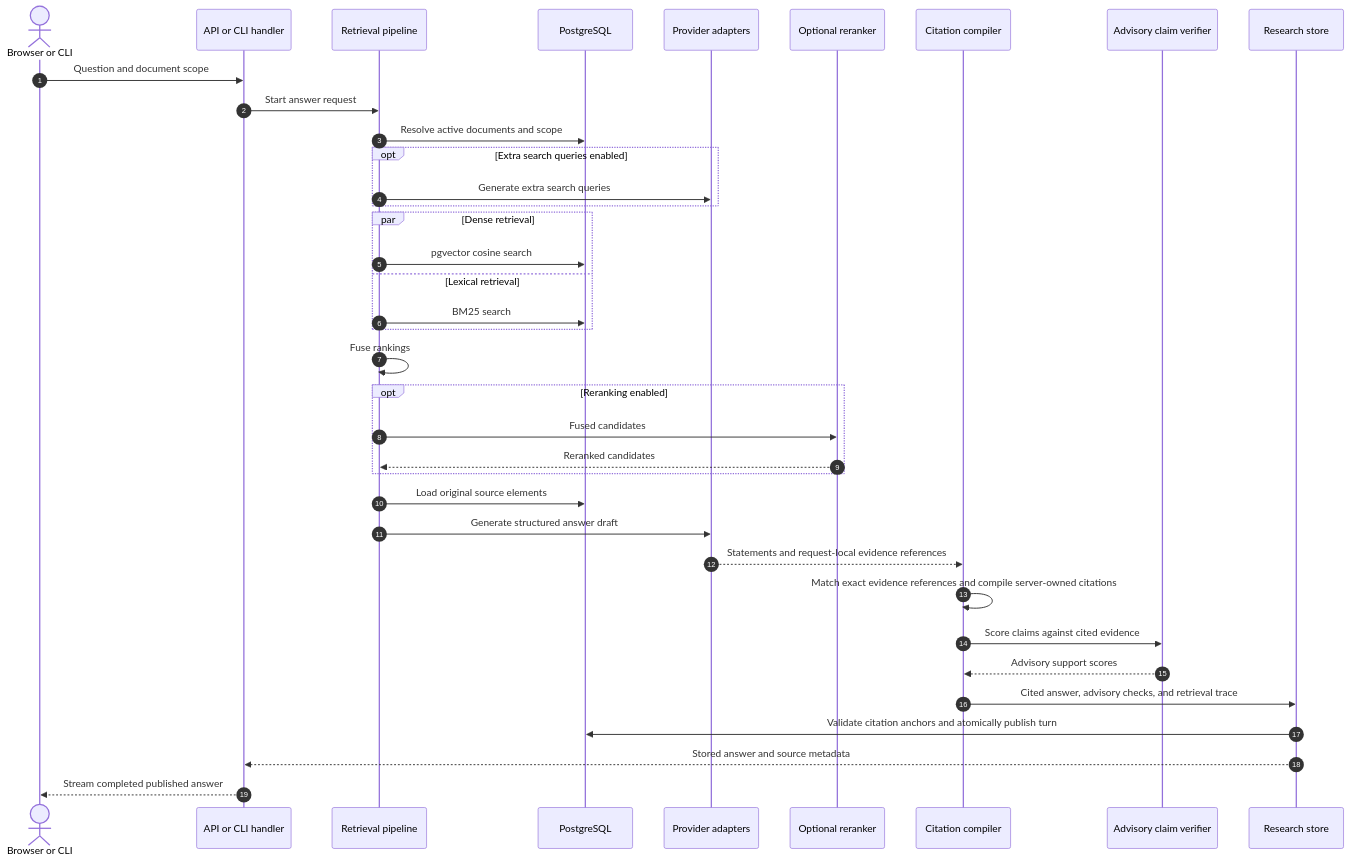
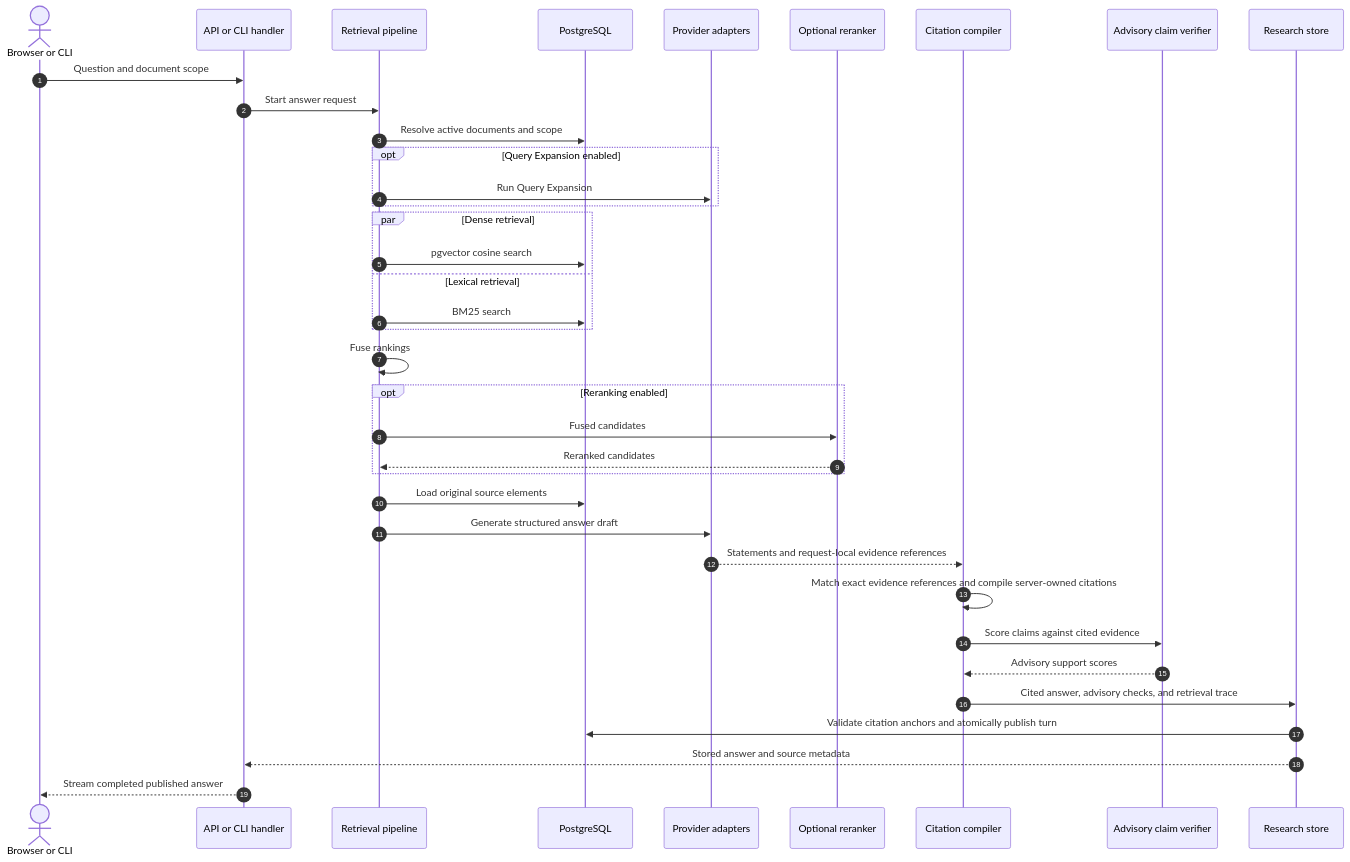
One commit to sageil/citeloom changed the fourth of 4 diagrams in docs/architecture.md. Above: the diagram before and after it, drawn with Mermaid. The commit also changed other lines of this file and 10 other files, not shown here.

Commit message:
refactor(ui): standardize Query Expansion terminology

````diff
--- a/docs/architecture.md
+++ b/docs/architecture.md
@@ -203,40 +203,40 @@
 ```mermaid
 sequenceDiagram
     autonumber
     actor Client as Browser or CLI
     participant Entry as API or CLI handler
     participant Query as Retrieval pipeline
     participant DB as PostgreSQL
     participant AI as Provider adapters
     participant Ranker as Optional reranker
     participant Validate as Citation compiler
     participant HHEM as Advisory claim verifier
     participant Research as Research store
 
     Client->>Entry: Question and document scope
     Entry->>Query: Start answer request
     Query->>DB: Resolve active documents and scope
-    opt Extra search queries enabled
-        Query->>AI: Generate extra search queries
+    opt Query Expansion enabled
+        Query->>AI: Run Query Expansion
     end
     par Dense retrieval
         Query->>DB: pgvector cosine search
     and Lexical retrieval
         Query->>DB: BM25 search
     end
     Query->>Query: Fuse rankings
     opt Reranking enabled
         Query->>Ranker: Fused candidates
         Ranker-->>Query: Reranked candidates
     end
     Query->>DB: Load original source elements
     Query->>AI: Generate structured answer draft
     AI-->>Validate: Statements and request-local evidence references
     Validate->>Validate: Match exact evidence references and compile server-owned citations
     Validate->>HHEM: Score claims against cited evidence
     HHEM-->>Validate: Advisory support scores
     Validate->>Research: Cited answer, advisory checks, and retrieval trace
     Research->>DB: Validate citation anchors and atomically publish turn
     Research-->>Entry: Stored answer and source metadata
     Entry-->>Client: Stream completed published answer
 ```
````
